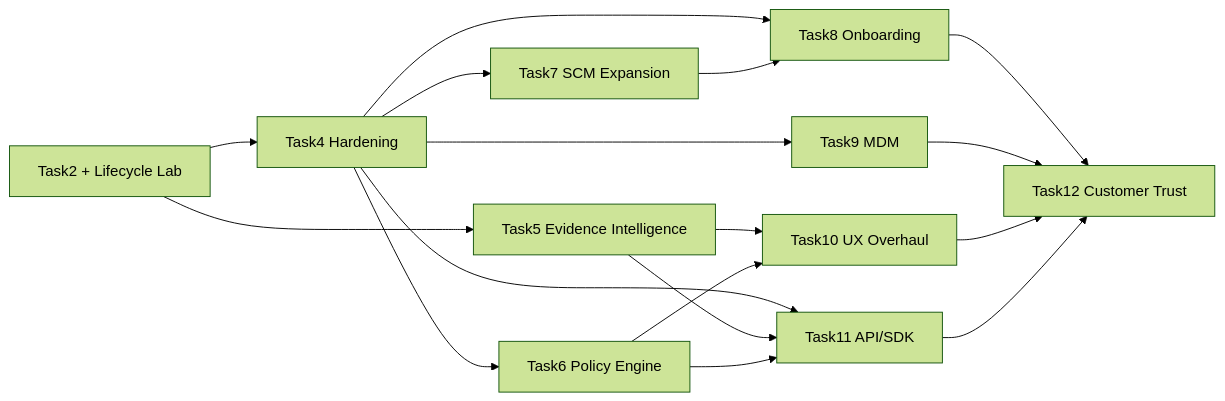
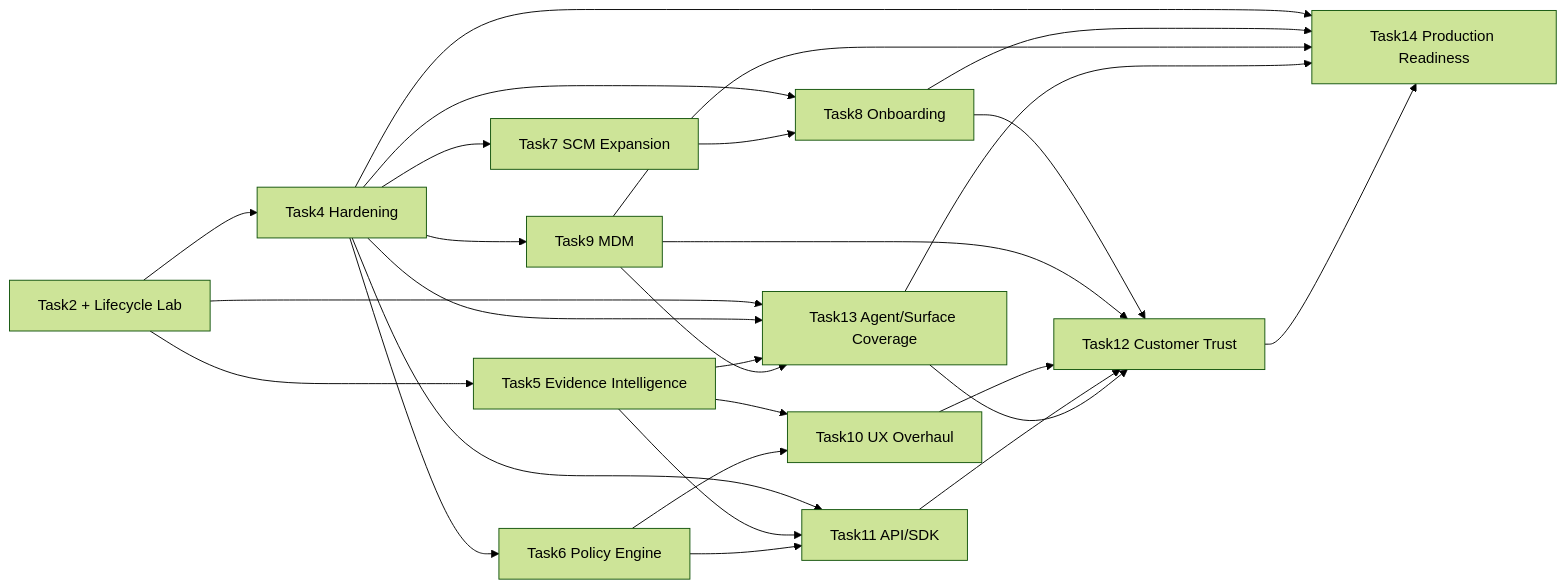
One commit to mahamannu-ux/TrackAI-V1 changed the diagram in ROUGH_ROADMAP.md. Above: the diagram before and after it, drawn with Mermaid (forest theme). The commit also changed other lines of this file and 7 other files, not shown here.

Commit message:
docs: integrate Task13 and plan production readiness

````diff
--- a/ROUGH_ROADMAP.md
+++ b/ROUGH_ROADMAP.md
@@ -95,19 +155,29 @@
 ```mermaid
 flowchart LR
     T2["Task2 + Lifecycle Lab"] --> T5["Task5 Evidence Intelligence"]
     T2 --> T4["Task4 Hardening"]
+    T2 --> T13["Task13 Agent/Surface Coverage"]
+    T4 --> T13
+    T5 --> T13
     T4 --> T6["Task6 Policy Engine"]
     T4 --> T8["Task8 Onboarding"]
     T4 --> T9["Task9 MDM"]
+    T9 --> T13
     T4 --> T7["Task7 SCM Expansion"]
     T5 --> T10["Task10 UX Overhaul"]
     T6 --> T10
     T7 --> T8
     T4 --> T11["Task11 API/SDK"]
     T5 --> T11
     T6 --> T11
     T8 --> T12["Task12 Customer Trust"]
     T9 --> T12
     T10 --> T12
     T11 --> T12
+    T13 --> T12
+    T4 --> T14["Task14 Production Readiness"]
+    T8 --> T14
+    T9 --> T14
+    T13 --> T14
+    T12 --> T14
 ```
````
